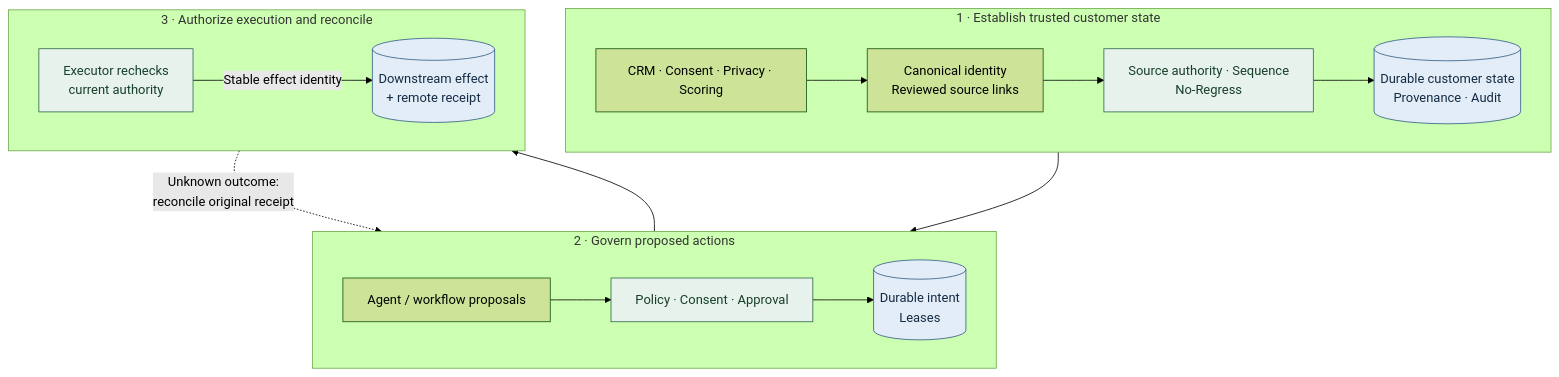
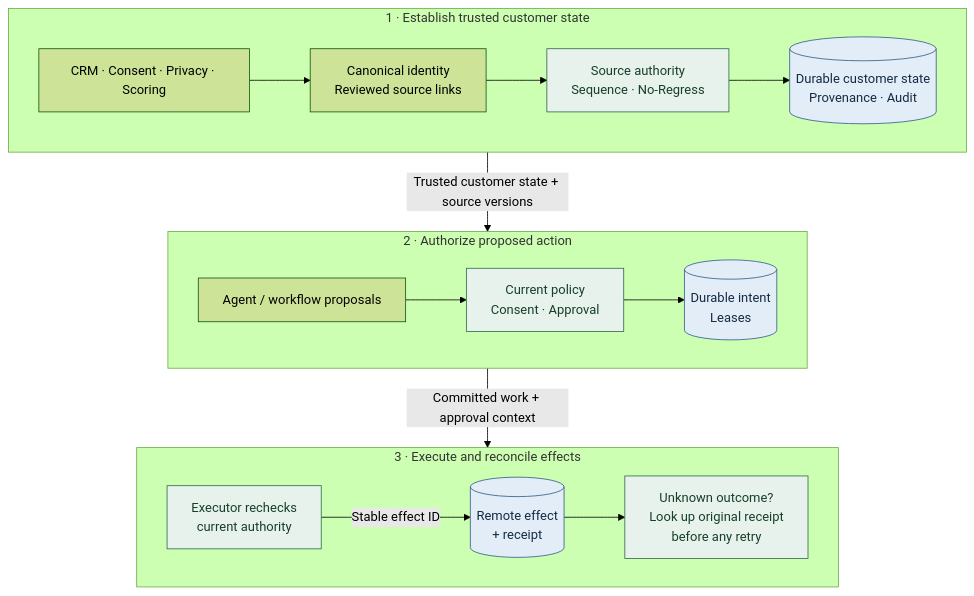
One commit to rlbsem/enterprise-martech-ai-control-plane changed the diagram in docs/diagrams/01-control-plane.mmd. Above: the diagram before and after it, drawn with Mermaid (forest theme). The commit also changed 1 other file, not shown here.

Commit message:
Balance control plane source and responsive visual validation

```diff
--- a/docs/diagrams/01-control-plane.mmd
+++ b/docs/diagrams/01-control-plane.mmd
@@ -1,23 +1,23 @@
 flowchart TB
   subgraph TRUST["1 · Establish trusted customer state"]
     direction LR
     Sources["CRM · Consent · Privacy · Scoring"] --> Identity["Canonical identity<br/>Reviewed source links"]
-    Identity --> Truth["Source authority · Sequence<br/>No-Regress"]
+    Identity --> Truth["Source authority<br/>Sequence · No-Regress"]
     Truth --> State[("Durable customer state<br/>Provenance · Audit")]
   end
-  subgraph GOVERN["2 · Govern proposed actions"]
+  subgraph GOVERN["2 · Authorize proposed action"]
     direction LR
-    Agent["Agent / workflow proposals"] --> Gate["Policy · Consent · Approval"]
+    Agent["Agent / workflow proposals"] --> Gate["Current policy<br/>Consent · Approval"]
     Gate --> Work[("Durable intent<br/>Leases")]
   end
-  subgraph EXEC["3 · Authorize execution and reconcile"]
+  subgraph EXEC["3 · Execute and reconcile effects"]
     direction LR
-    Worker["Executor rechecks<br/>current authority"] -->|"Stable effect identity"| Effects[("Downstream effect<br/>+ remote receipt")]
+    Worker["Executor rechecks<br/>current authority"] -->|"Stable effect ID"| Effects[("Remote effect<br/>+ receipt")]
+    Effects --> Reconcile["Unknown outcome?<br/>Look up original receipt<br/>before any retry"]
   end
-  State --> Gate
-  Work --> Worker
-  Effects -.->|"Unknown outcome:<br/>reconcile original receipt"| Work
+  TRUST -->|"Trusted customer state + source versions"| GOVERN
+  GOVERN -->|"Committed work + approval context"| EXEC
   classDef durable fill:#e3edf7,stroke:#315c86,color:#142b44
   classDef control fill:#e6f2eb,stroke:#306949,color:#173f2a
   class State,Work,Effects durable
-  class Truth,Gate,Worker control
+  class Truth,Gate,Worker,Reconcile control
```
